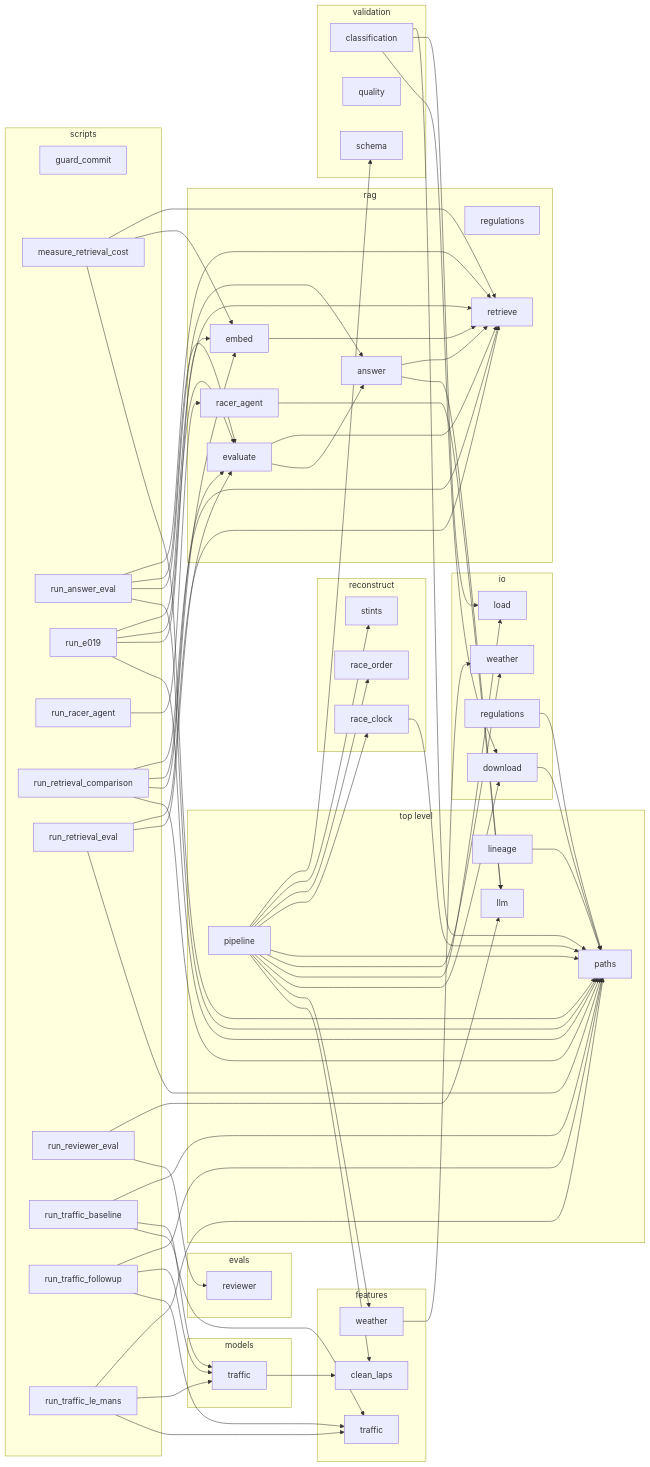
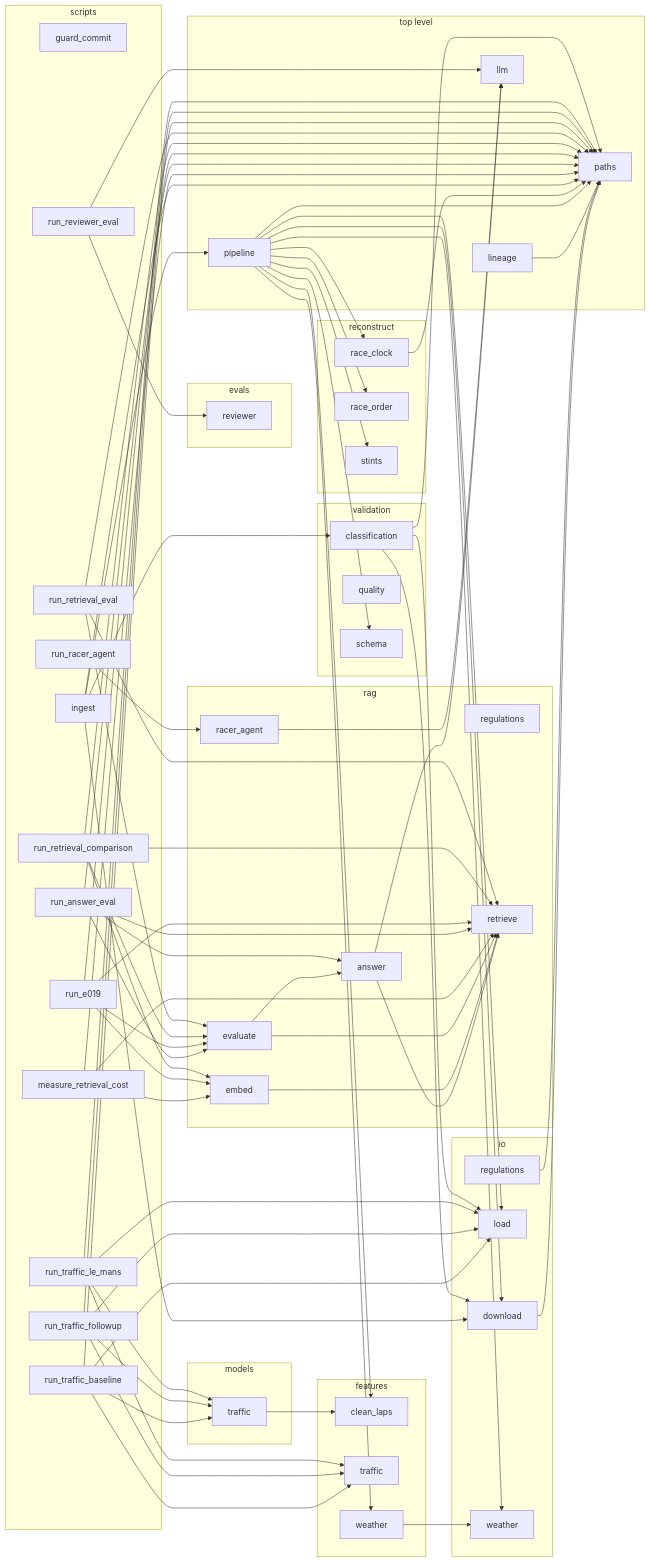
Before and after one commit to kaloyankirovgit/endurance-pit-strategy: the second of 2 diagrams in docs/LINEAGE.md, drawn with Mermaid. The commit also changed other lines of this file and 14 other files, not shown here.

```diff
--- a/docs/LINEAGE.md
+++ b/docs/LINEAGE.md
@@ -171,6 +178,7 @@
   end
   subgraph g6["scripts"]
     n_scripts_guard_commit["guard_commit"]
+    n_scripts_ingest["ingest"]
     n_scripts_measure_retrieval_cost["measure_retrieval_cost"]
     n_scripts_run_answer_eval["run_answer_eval"]
     n_scripts_run_e019["run_e019"]
@@ -215,6 +223,10 @@
   n_rag_evaluate --> n_rag_retrieve
   n_rag_racer_agent --> n_llm
   n_reconstruct_race_clock --> n_paths
+  n_scripts_ingest --> n_io_download
+  n_scripts_ingest --> n_paths
+  n_scripts_ingest --> n_pipeline
+  n_scripts_ingest --> n_validation_classification
   n_scripts_measure_retrieval_cost --> n_paths
   n_scripts_measure_retrieval_cost --> n_rag_embed
   n_scripts_measure_retrieval_cost --> n_rag_retrieve
@@ -237,12 +249,15 @@
   n_scripts_run_reviewer_eval --> n_evals_reviewer
   n_scripts_run_reviewer_eval --> n_llm
   n_scripts_run_traffic_baseline --> n_features_traffic
+  n_scripts_run_traffic_baseline --> n_io_load
   n_scripts_run_traffic_baseline --> n_models_traffic
   n_scripts_run_traffic_baseline --> n_paths
   n_scripts_run_traffic_followup --> n_features_traffic
+  n_scripts_run_traffic_followup --> n_io_load
   n_scripts_run_traffic_followup --> n_models_traffic
   n_scripts_run_traffic_followup --> n_paths
   n_scripts_run_traffic_le_mans --> n_features_traffic
+  n_scripts_run_traffic_le_mans --> n_io_load
   n_scripts_run_traffic_le_mans --> n_models_traffic
   n_scripts_run_traffic_le_mans --> n_paths
   n_validation_classification --> n_io_download
```
